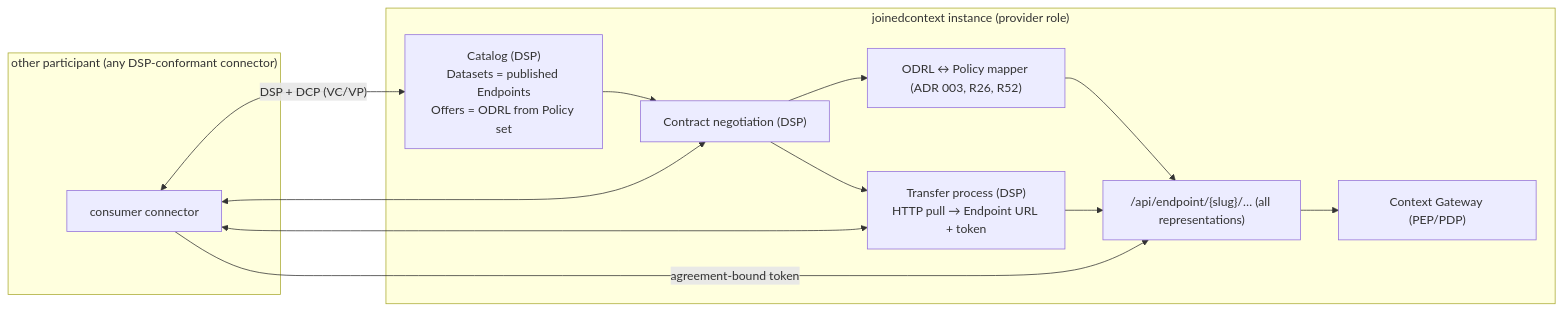
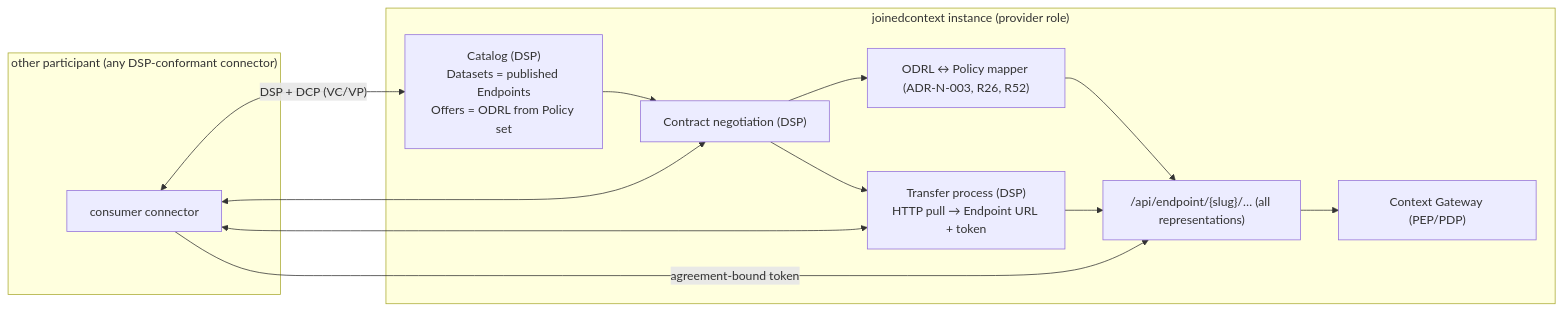
Before and after one commit to marek-mraz-jc/joinedcontext-docs: the diagram in Architecture/18-data-space-connector.md, drawn with Mermaid. The commit also changed other lines of this file and 3 other files, not shown here.

Commit message:
T-2165 T-2167 T-2169 T-2170: Architecture 13, 15, 17 and 18 say what the code does: the reconciler is the Portal, no CSP and no signed commits, RLS where it lives, the real jcctl flags (TS-19)

````diff
--- a/Architecture/18-data-space-connector.md
+++ b/Architecture/18-data-space-connector.md
@@ -11,20 +11,20 @@
 ```mermaid
 flowchart LR
     subgraph Provider["joinedcontext instance (provider role)"]
         CAT["Catalog (DSP)<br/>Datasets = published Endpoints<br/>Offers = ODRL from Policy set"]
         NEG["Contract negotiation (DSP)"]
         TP["Transfer process (DSP)<br/>HTTP pull → Endpoint URL + token"]
-        MAP["ODRL ↔ Policy mapper (ADR 003, R26, R52)"]
+        MAP["ODRL ↔ Policy mapper (ADR-N-003, R26, R52)"]
         EP["/api/endpoint/{slug}/… (all representations)"]
         GW["Context Gateway (PEP/PDP)"]
         CAT --> NEG --> MAP --> EP
         NEG --> TP --> EP --> GW
     end
     subgraph Consumer["other participant (any DSP-conformant connector)"]
         CC["consumer connector"]
     end
     CC <-->|"DSP + DCP (VC/VP)"| CAT
     CC <--> NEG
     CC <--> TP
     CC -->|"agreement-bound token"| EP
 ```
````
